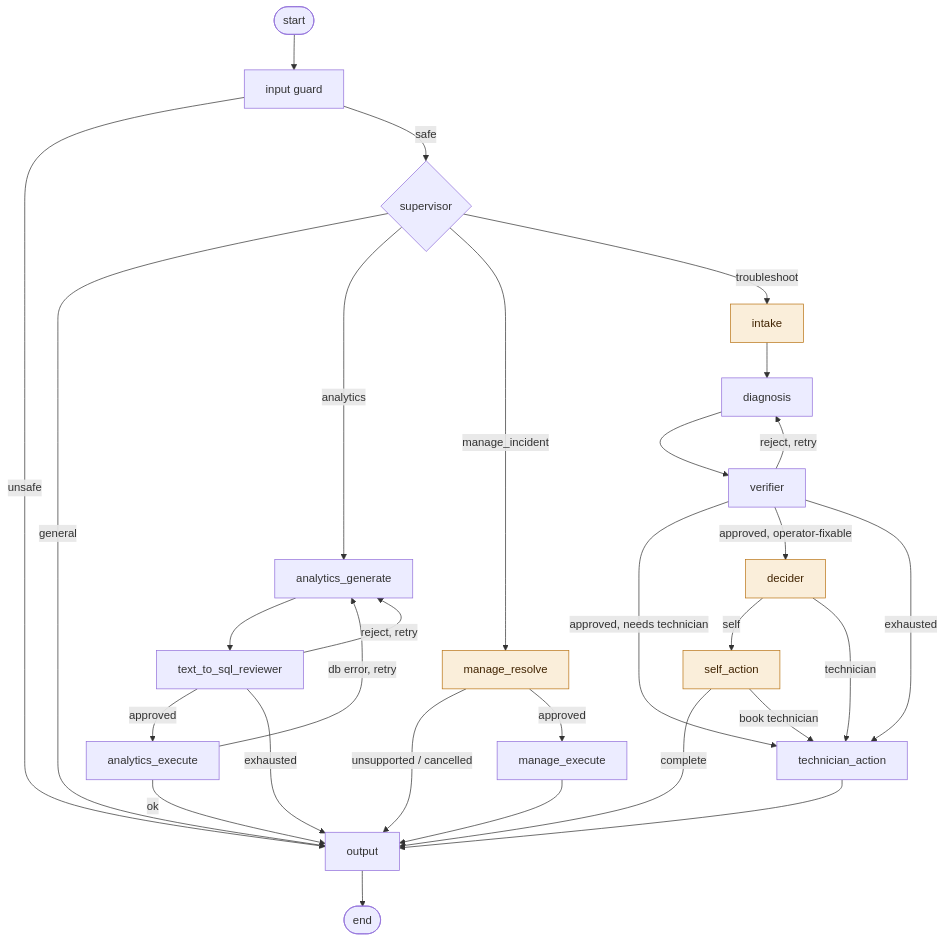
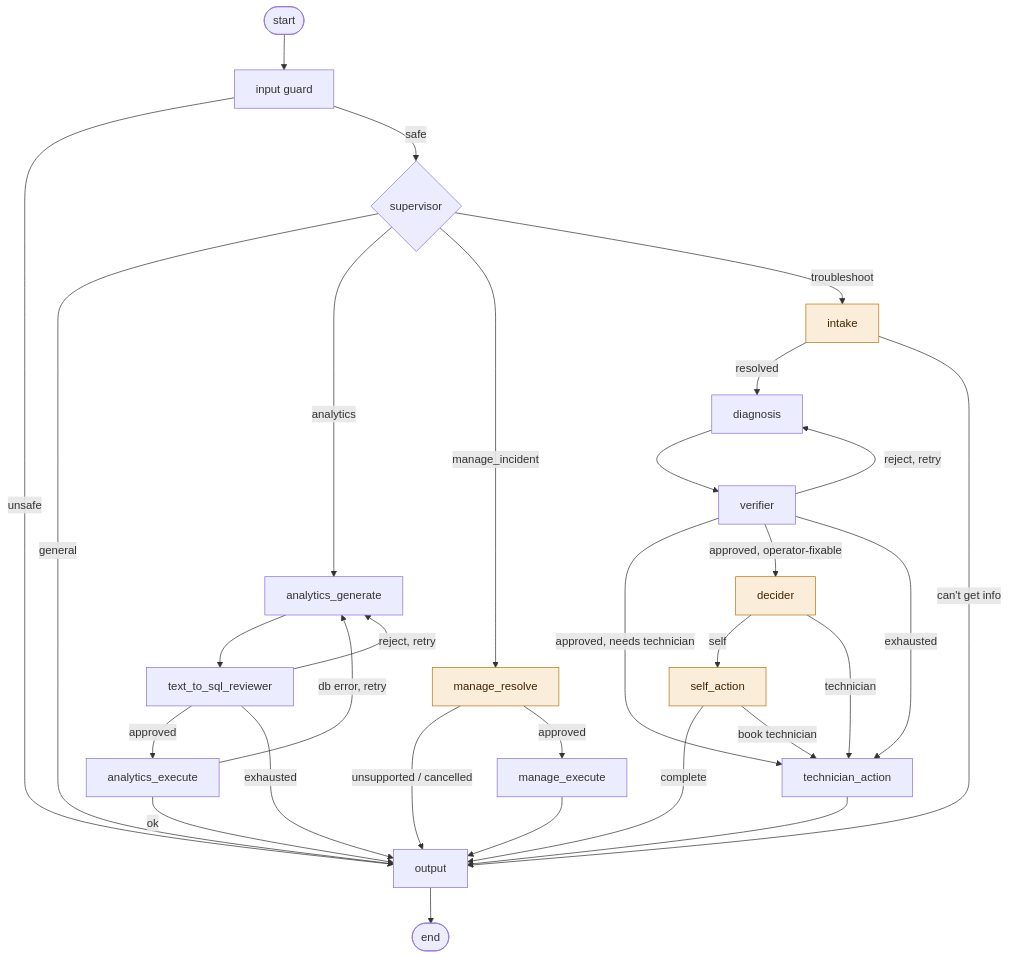
Before and after one commit to sundarram1608/RAG-powered-Multi-Agentic-Machine-Maintenance-Support: the diagram in agents/README.md, drawn with Mermaid. The commit also changed other lines of this file and 7 other files, not shown here.

````diff
--- a/agents/README.md
+++ b/agents/README.md
@@ -380,40 +382,41 @@
 ```mermaid
 flowchart TD
     START([start]) --> input[input guard]
     input -->|unsafe| output[output]
     input -->|safe| supervisor{supervisor}
 
     supervisor -->|general| output
     supervisor -->|analytics| analytics_generate[analytics_generate]
     supervisor -->|manage_incident| manage_resolve[manage_resolve]
     supervisor -->|troubleshoot| intake[intake]
 
     analytics_generate --> text_to_sql_reviewer[text_to_sql_reviewer]
     text_to_sql_reviewer -->|approved| analytics_execute[analytics_execute]
     text_to_sql_reviewer -->|reject, retry| analytics_generate
     text_to_sql_reviewer -->|exhausted| output
     analytics_execute -->|ok| output
     analytics_execute -->|db error, retry| analytics_generate
 
     manage_resolve -->|unsupported / cancelled| output
     manage_resolve -->|approved| manage_execute[manage_execute]
     manage_execute --> output
 
-    intake --> diagnosis[diagnosis]
+    intake -->|resolved| diagnosis[diagnosis]
+    intake -->|can't get info| output
     diagnosis --> verifier[verifier]
     verifier -->|approved, needs technician| technician_action[technician_action]
     verifier -->|approved, operator-fixable| decider[decider]
     verifier -->|reject, retry| diagnosis
     verifier -->|exhausted| technician_action
 
     decider -->|self| self_action[self_action]
     decider -->|technician| technician_action
     self_action -->|complete| output
     self_action -->|book technician| technician_action
 
     technician_action --> output
     output --> DONE([end])
 
     classDef interrupt fill:#FAEEDA,stroke:#BA7517,color:#412402;
     class intake,decider,self_action,manage_resolve interrupt;
 ```
````
